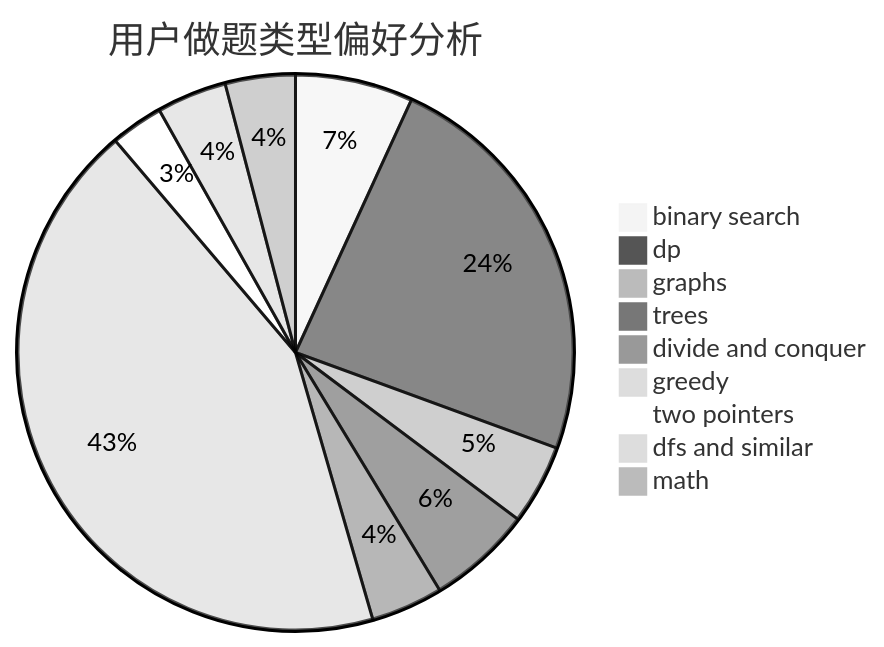
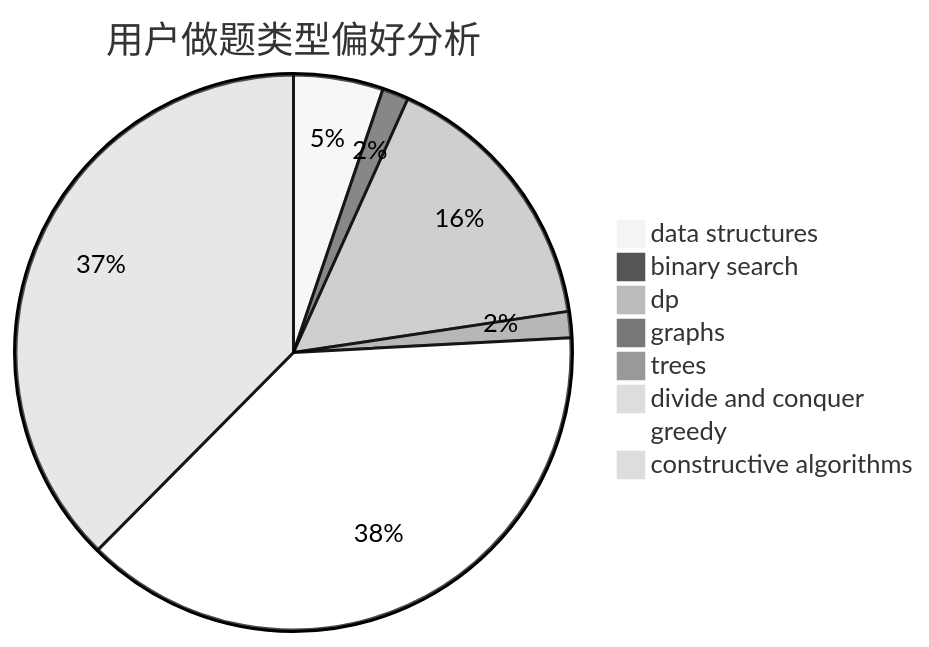
One commit to sherpahu/cfrs.github.io changed the second of 3 diagrams in docs/user/u1672.md. Above: the diagram before and after it, drawn with Mermaid (neutral theme). The commit also changed other lines of this file and 2775 other files, not shown here.

````diff
--- a/docs/user/u1672.md
+++ b/docs/user/u1672.md
@@ -23,12 +23,11 @@
 ```mermaid
 pie title 用户做题类型偏好分析
-    "binary search" :  116
-    "dp" :  402
-    "graphs" :  79
-    "trees" :  103
-    "divide and conquer" :  71
-    "greedy" :  733
-    "two pointers" :  52
-    "dfs and similar" :  69
-    "math" :  69
+    "data structures" :  82
+    "binary search" :  24
+    "dp" :  250
+    "graphs" :  11
+    "trees" :  24
+    "divide and conquer" :  3
+    "greedy" :  602
+    "constructive algorithms" :  591
 ```
````
